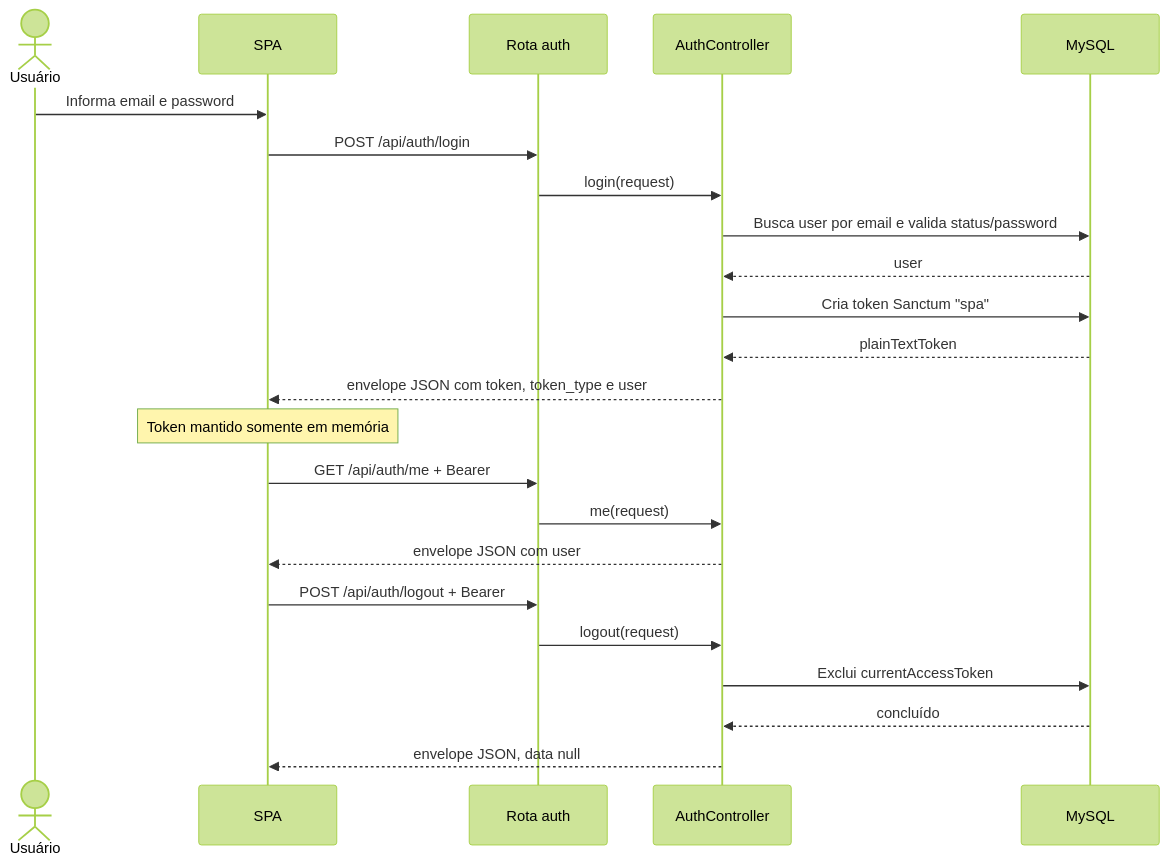
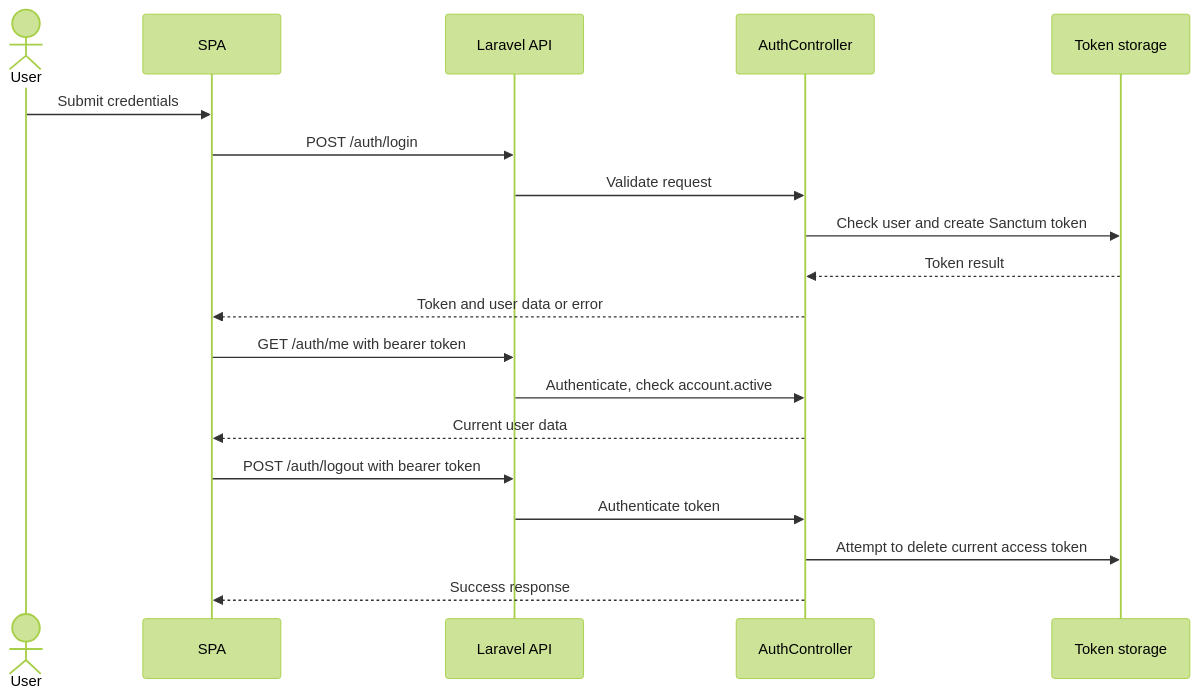
Before and after one commit to mitaloammon/simplyfood_: the diagram in docs/specs/diagrams/auth-login.md, drawn with Mermaid (forest theme). The commit also changed other lines of this file and 71 other files, not shown here.

Commit message:
docs: consolidate SimplyCore architecture documentation

````diff
--- a/docs/specs/diagrams/auth-login.md
+++ b/docs/specs/diagrams/auth-login.md
@@ -21,25 +5,21 @@
 ```mermaid
 sequenceDiagram
-    actor U as Usuário
+    actor User
     participant SPA
-    participant R as Rota auth
-    participant C as AuthController
-    participant DB as MySQL
-    U->>SPA: Informa email e password
-    SPA->>R: POST /api/auth/login
-    R->>C: login(request)
-    C->>DB: Busca user por email e valida status/password
-    DB-->>C: user
-    C->>DB: Cria token Sanctum "spa"
-    DB-->>C: plainTextToken
-    C-->>SPA: envelope JSON com token, token_type e user
-    Note over SPA: Token mantido somente em memória
-    SPA->>R: GET /api/auth/me + Bearer
-    R->>C: me(request)
-    C-->>SPA: envelope JSON com user
-    SPA->>R: POST /api/auth/logout + Bearer
-    R->>C: logout(request)
-    C->>DB: Exclui currentAccessToken
-    DB-->>C: concluído
-    C-->>SPA: envelope JSON, data null
+    participant API as Laravel API
+    participant Auth as AuthController
+    participant Store as Token storage
+    User->>SPA: Submit credentials
+    SPA->>API: POST /auth/login
+    API->>Auth: Validate request
+    Auth->>Store: Check user and create Sanctum token
+    Store-->>Auth: Token result
+    Auth-->>SPA: Token and user data or error
+    SPA->>API: GET /auth/me with bearer token
+    API->>Auth: Authenticate, check account.active
+    Auth-->>SPA: Current user data
+    SPA->>API: POST /auth/logout with bearer token
+    API->>Auth: Authenticate token
+    Auth->>Store: Attempt to delete current access token
+    Auth-->>SPA: Success response
 ```
````
